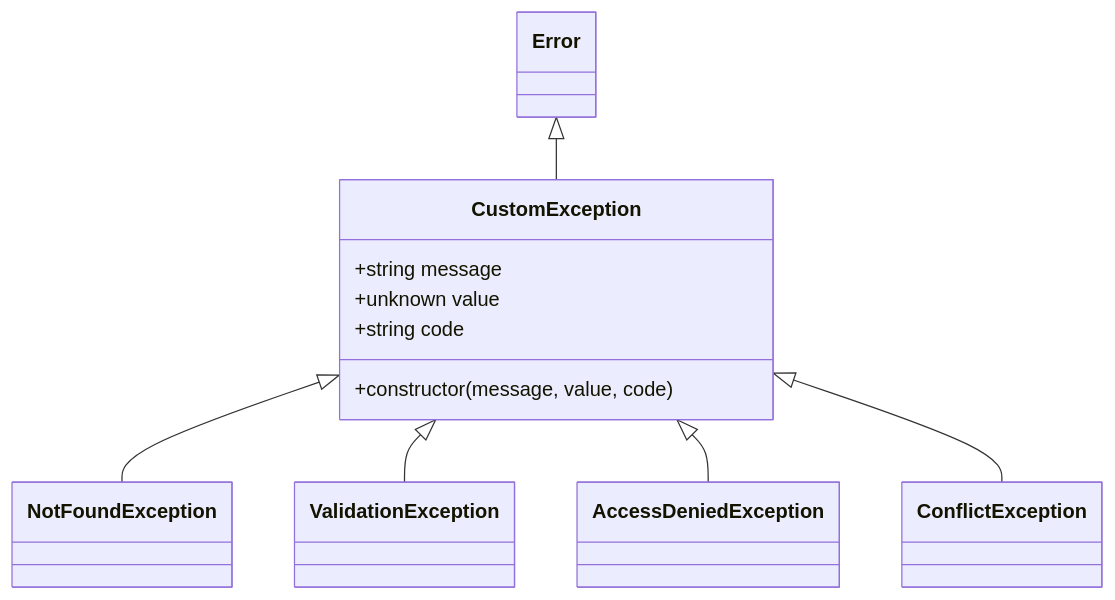
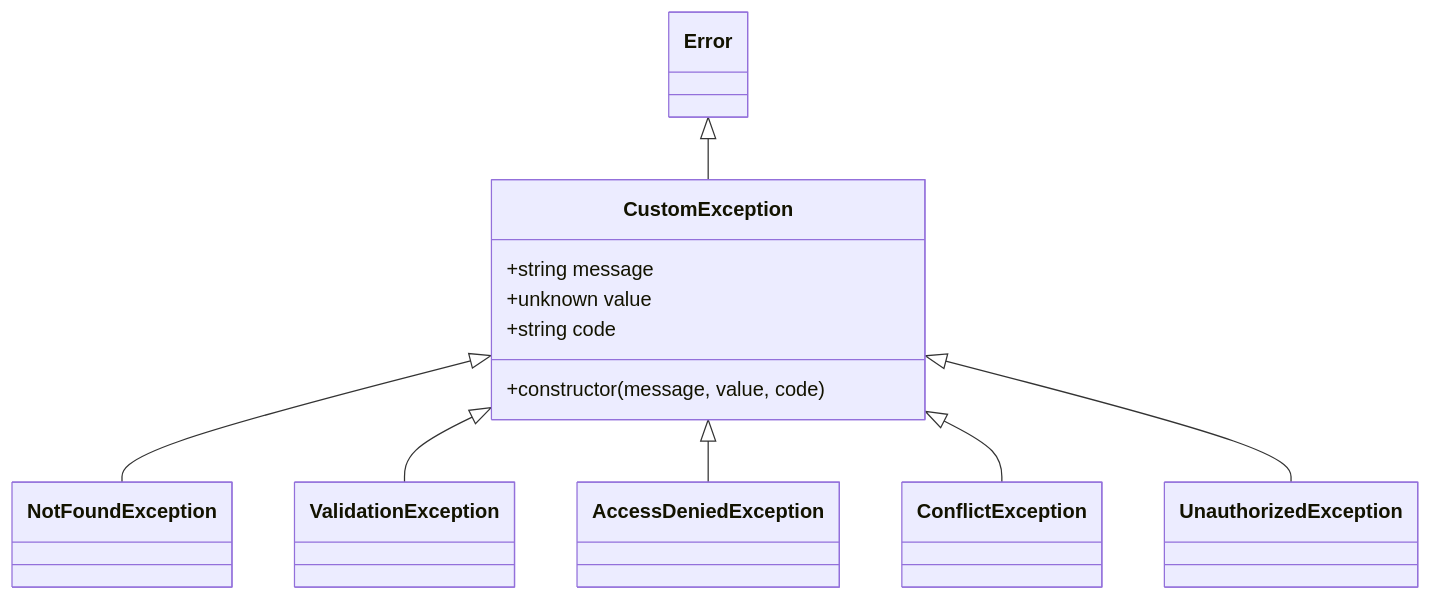
One commit to PAVLIN52/hlopushka changed the third of 5 diagrams in specs/001-auth-projects-kanban/data-model.md. Above: the diagram before and after it, drawn with Mermaid. The commit also changed other lines of this file and 6 other files, not shown here.

````diff
--- a/specs/001-auth-projects-kanban/data-model.md
+++ b/specs/001-auth-projects-kanban/data-model.md
@@ -144,19 +144,21 @@
 ```mermaid
 classDiagram
     class Error
     class CustomException {
       +string message
       +unknown value
       +string code
       +constructor(message, value, code)
     }
     class NotFoundException
     class ValidationException
     class AccessDeniedException
     class ConflictException
+    class UnauthorizedException
     Error <|-- CustomException
     CustomException <|-- NotFoundException
     CustomException <|-- ValidationException
     CustomException <|-- AccessDeniedException
     CustomException <|-- ConflictException
+    CustomException <|-- UnauthorizedException
 ```
````
